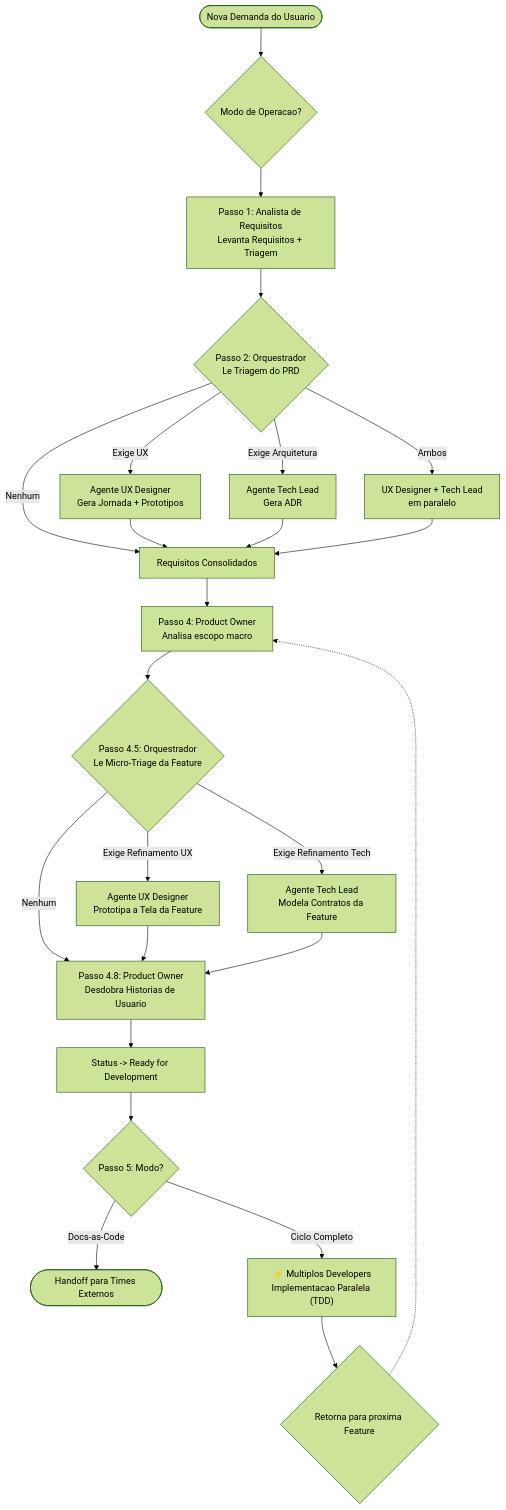
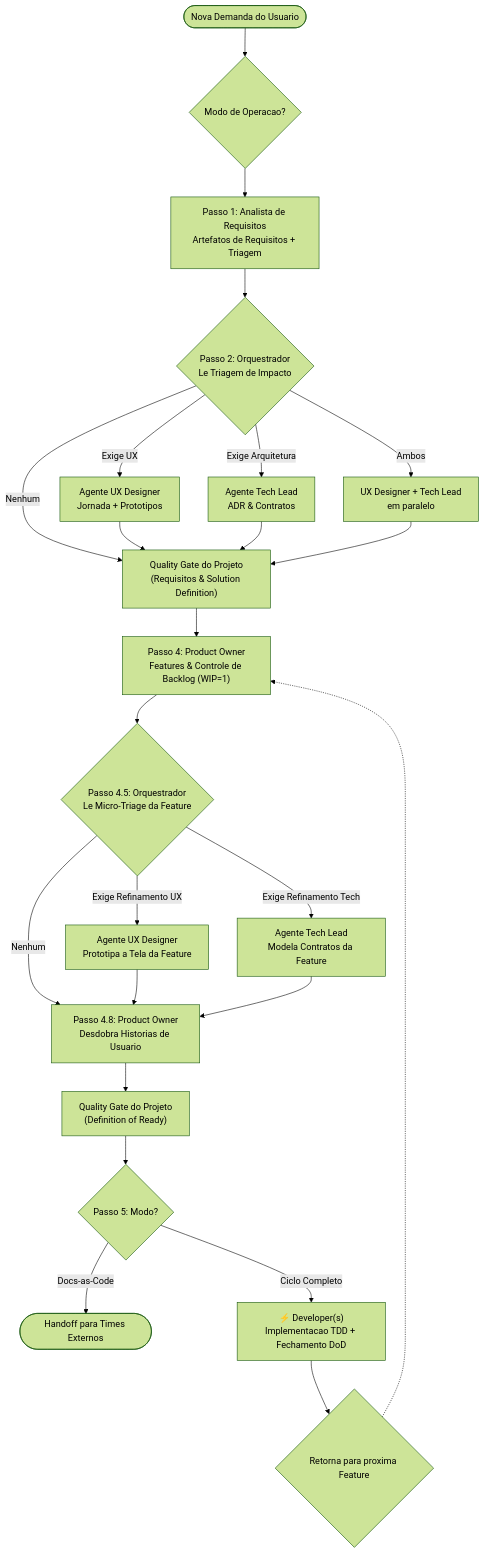
One commit to renatorlemos-gif/dev-team changed the diagram in skills/dev-team/SKILL.md. Above: the diagram before and after it, drawn with Mermaid (forest theme). The commit also changed other lines of this file and 4 other files, not shown here.

````diff
--- a/skills/dev-team/SKILL.md
+++ b/skills/dev-team/SKILL.md
@@ -61,38 +64,38 @@
 ```mermaid
 graph TD
     Demanda([Nova Demanda do Usuario]) --> MODO{Modo de Operacao?}
 
-    MODO --> AR["Passo 1: Analista de Requisitos<br/>Levanta Requisitos + Triagem"]
+    MODO --> AR["Passo 1: Analista de Requisitos<br/>Artefatos de Requisitos + Triagem"]
 
-    AR --> Triage{"Passo 2: Orquestrador<br/>Le Triagem do PRD"}
+    AR --> Triage{"Passo 2: Orquestrador<br/>Le Triagem de Impacto"}
 
-    Triage -->|"Exige UX"| UX["Agente UX Designer<br/>Gera Jornada + Prototipos"]
-    Triage -->|"Exige Arquitetura"| ARCH["Agente Tech Lead<br/>Gera ADR"]
+    Triage -->|"Exige UX"| UX["Agente UX Designer<br/>Jornada + Prototipos"]
+    Triage -->|"Exige Arquitetura"| ARCH["Agente Tech Lead<br/>ADR & Contratos"]
     Triage -->|"Ambos"| BOTH["UX Designer + Tech Lead<br/>em paralelo"]
-    Triage -->|"Nenhum"| APPROVE["Requisitos Consolidados"]
+    Triage -->|"Nenhum"| APPROVE["Quality Gate do Projeto<br/>(Requisitos & Solution Definition)"]
 
     UX --> APPROVE
     ARCH --> APPROVE
     BOTH --> APPROVE
 
-    APPROVE --> PO_FEAT["Passo 4: Product Owner<br/>Analisa escopo macro"]
+    APPROVE --> PO_FEAT["Passo 4: Product Owner<br/>Features & Controle de Backlog (WIP=1)"]
 
     PO_FEAT --> MicroTriage{"Passo 4.5: Orquestrador<br/>Le Micro-Triage da Feature"}
     
     MicroTriage -->|"Exige Refinamento UX"| UX_Feat["Agente UX Designer<br/>Prototipa a Tela da Feature"]
     MicroTriage -->|"Exige Refinamento Tech"| ARCH_Feat["Agente Tech Lead<br/>Modela Contratos da Feature"]
     MicroTriage -->|"Nenhum"| PO_US["Passo 4.8: Product Owner<br/>Desdobra Historias de Usuario"]
     
     UX_Feat --> PO_US
     ARCH_Feat --> PO_US
 
-    PO_US --> READY["Status -> Ready for Development"]
+    PO_US --> READY["Quality Gate do Projeto<br/>(Definition of Ready)"]
 
     READY --> DEV{"Passo 5: Modo?"}
 
     DEV -->|"Docs-as-Code"| HANDOFF([Handoff para Times Externos])
-    DEV -->|"Ciclo Completo"| DEVELOPER["⚡ Multiplos Developers<br/>Implementacao Paralela (TDD)"]
+    DEV -->|"Ciclo Completo"| DEVELOPER["⚡ Developer(s)<br/>Implementacao TDD + Fechamento DoD"]
     
     DEVELOPER --> LOOP_FEATURE{"Retorna para proxima Feature"}
     LOOP_FEATURE -.-> PO_FEAT
 ```
````
